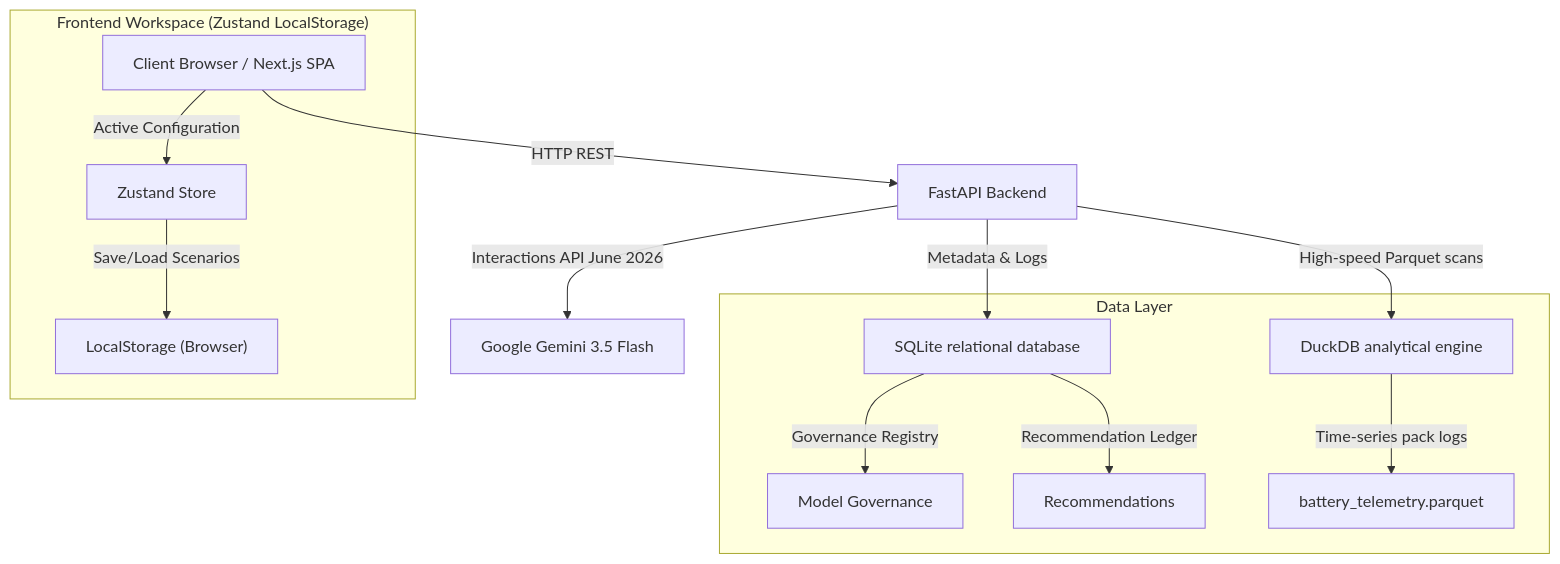
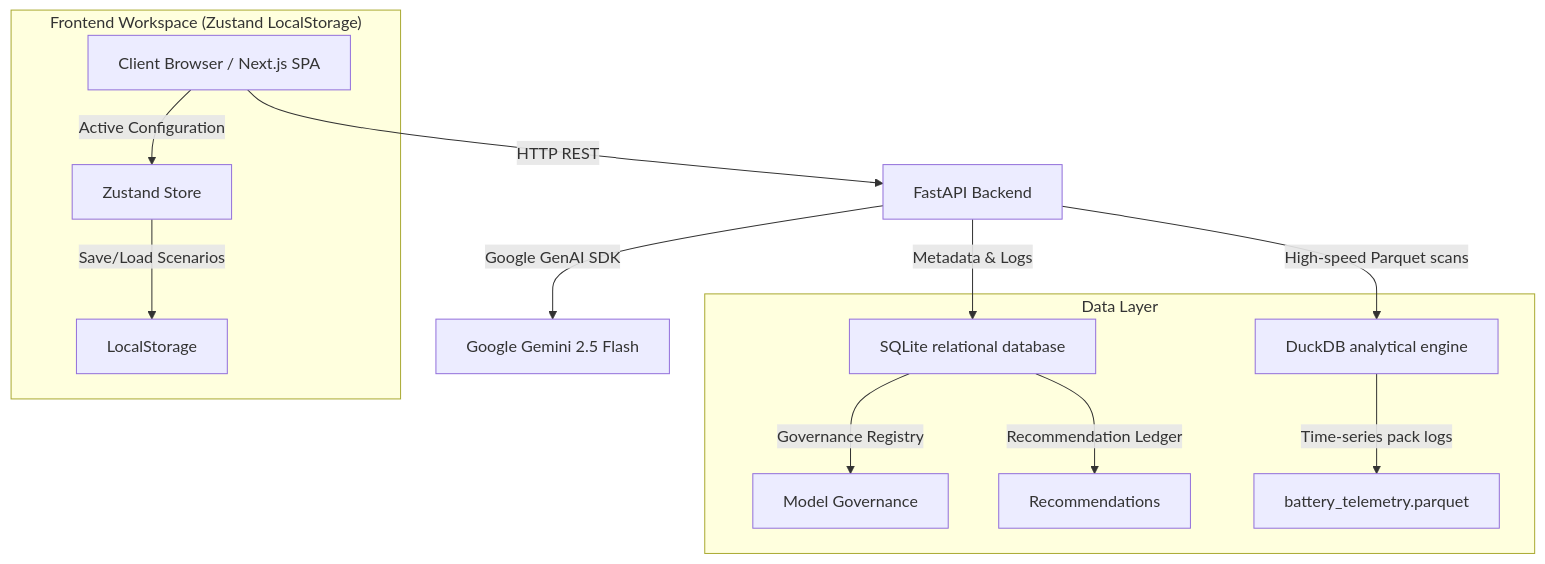
The diagram in README.md (JohnApollos/VoltReturn), drawn with Mermaid before and after one commit. The commit also changed other lines of this file and 4 other files, not shown here.

````diff
--- a/README.md
+++ b/README.md
@@ -22,18 +22,18 @@
 ```mermaid
 graph TD
     User[Client Browser / Next.js SPA] -->|HTTP REST| API[FastAPI Backend]
     API -->|Metadata & Logs| SQL[SQLite relational database]
     API -->|High-speed Parquet scans| Duck[DuckDB analytical engine]
-    API -->|Interactions API June 2026| Gemini[Google Gemini 3.5 Flash]
+    API -->|Google GenAI SDK| Gemini[Google Gemini 2.5 Flash]
     
-    subgraph "Data Layer"
+    subgraph S1 ["Data Layer"]
         SQL -->|Governance Registry| G[Model Governance]
         SQL -->|Recommendation Ledger| R[Recommendations]
         Duck -->|Time-series pack logs| P[battery_telemetry.parquet]
     end
     
-    subgraph "Frontend Workspace (Zustand LocalStorage)"
+    subgraph S2 ["Frontend Workspace (Zustand LocalStorage)"]
         User -->|Active Configuration| Z[Zustand Store]
-        Z -->|Save/Load Scenarios| LS["LocalStorage (Browser)"]
+        Z -->|Save/Load Scenarios| LS[LocalStorage]
     end
 ```
````
